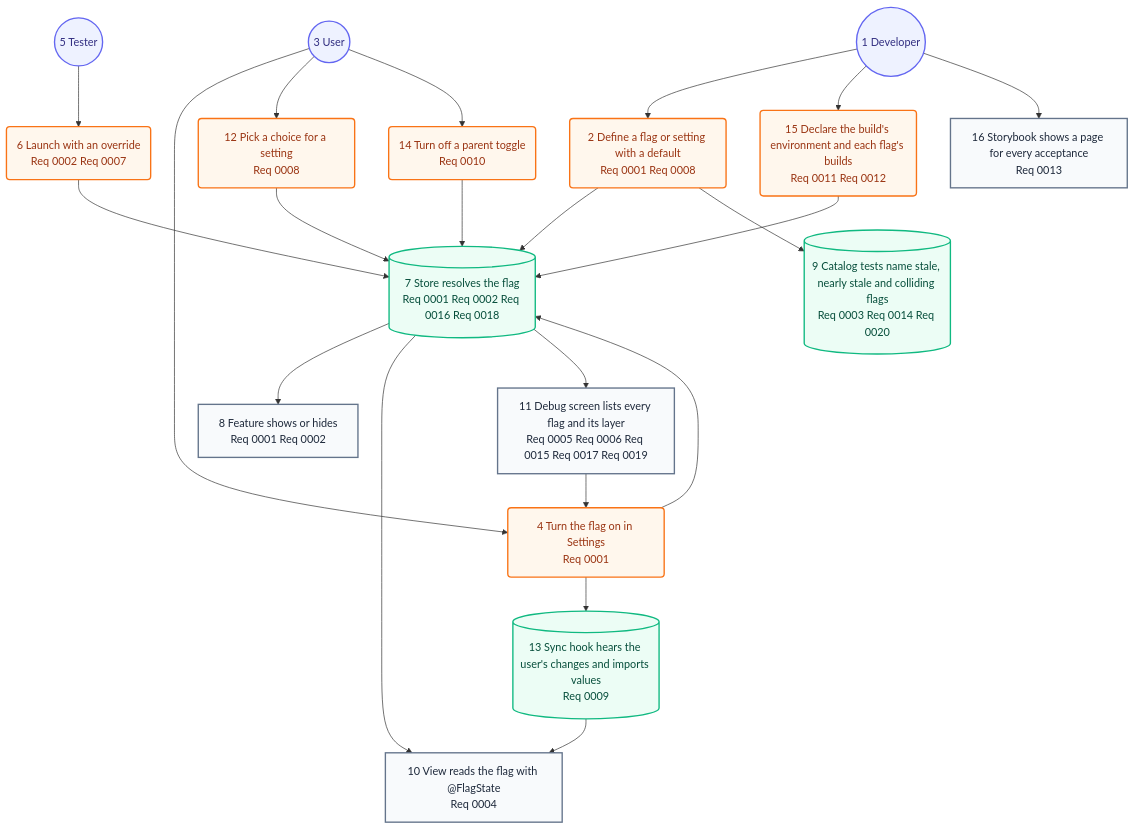
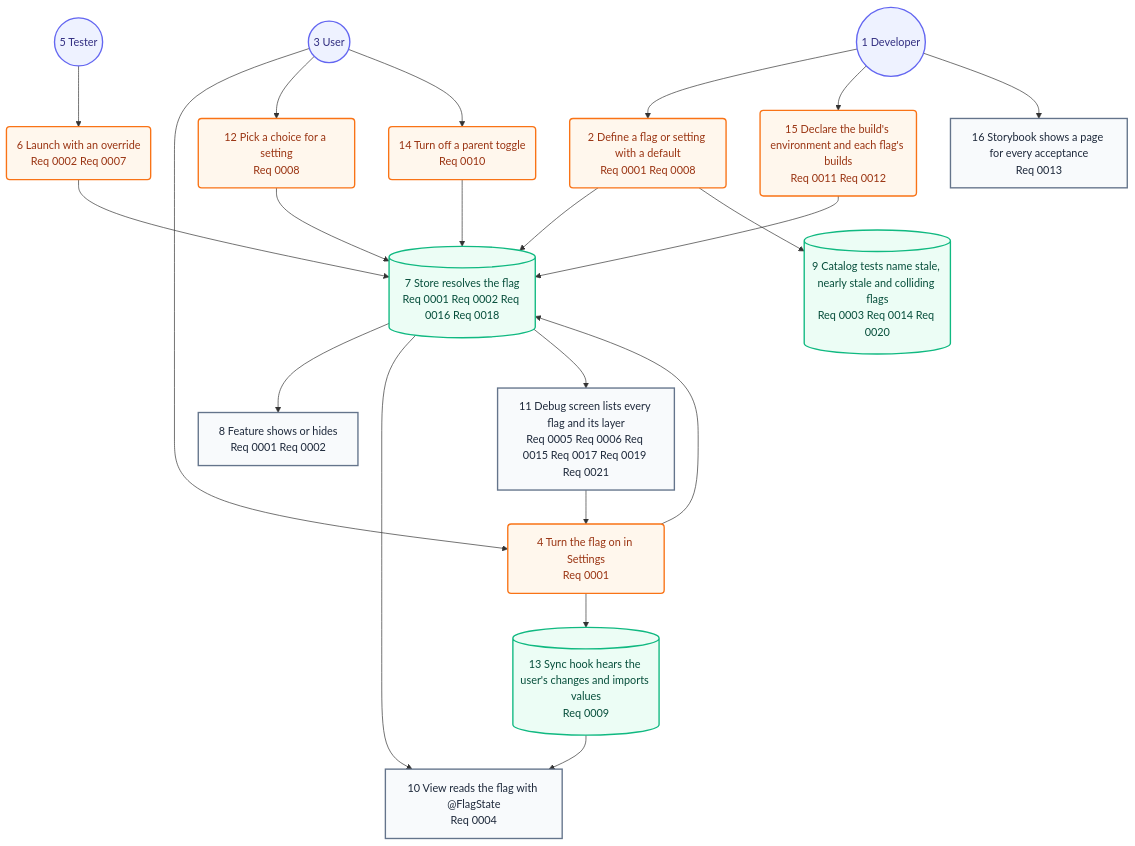
One commit to may-journal/feature-flag-kit changed the second of 2 diagrams in docs/architecture/05-user-journey.md. Above: the diagram before and after it, drawn with Mermaid. The commit also changed other lines of this file and 8 other files, not shown here.

First line of the commit message:
feat(ui): warn on the debug screen when flags collide

````diff
--- a/docs/architecture/05-user-journey.md
+++ b/docs/architecture/05-user-journey.md
@@ -31,45 +31,45 @@
 ```mermaid
 flowchart TB
     developer((1 Developer)):::persona
     define(2 Define a flag or setting with a default<br/>Req 0001 Req 0008):::action
     user((3 User)):::persona
     toggle(4 Turn the flag on in Settings<br/>Req 0001):::action
     tester((5 Tester)):::persona
     launch(6 Launch with an override<br/>Req 0002 Req 0007):::action
     resolve[(7 Store resolves the flag<br/>Req 0001 Req 0002 Req 0016 Req 0018)]:::system
     feature[8 Feature shows or hides<br/>Req 0001 Req 0002]:::screen
     expiry[(9 Catalog tests name stale, nearly stale and colliding flags<br/>Req 0003 Req 0014 Req 0020)]:::system
     view[10 View reads the flag with @FlagState<br/>Req 0004]:::screen
-    debug[11 Debug screen lists every flag and its layer<br/>Req 0005 Req 0006 Req 0015 Req 0017 Req 0019]:::screen
+    debug[11 Debug screen lists every flag and its layer<br/>Req 0005 Req 0006 Req 0015 Req 0017 Req 0019 Req 0021]:::screen
     choose(12 Pick a choice for a setting<br/>Req 0008):::action
     sync[(13 Sync hook hears the user's changes and imports values<br/>Req 0009)]:::system
     group(14 Turn off a parent toggle<br/>Req 0010):::action
     environment(15 Declare the build's environment and each flag's builds<br/>Req 0011 Req 0012):::action
     storybook[16 Storybook shows a page for every acceptance<br/>Req 0013]:::screen
 
     developer --> define
     user --> toggle
     tester --> launch
     define --> resolve
     toggle --> resolve
     launch --> resolve
     resolve --> feature
     define --> expiry
     resolve --> view
     resolve --> debug
     debug --> toggle
     user --> choose
     choose --> resolve
     toggle --> sync
     sync --> view
     user --> group
     group --> resolve
     developer --> environment
     environment --> resolve
     developer --> storybook
 
     classDef persona fill:#eef2ff,stroke:#6366f1,color:#312e81,stroke-width:2px
     classDef screen fill:#f8fafc,stroke:#64748b,color:#1e293b,stroke-width:2px
     classDef action fill:#fff7ed,stroke:#f97316,color:#9a3412,stroke-width:2px
     classDef system fill:#ecfdf5,stroke:#10b981,color:#064e3b,stroke-width:2px
 ```
````
